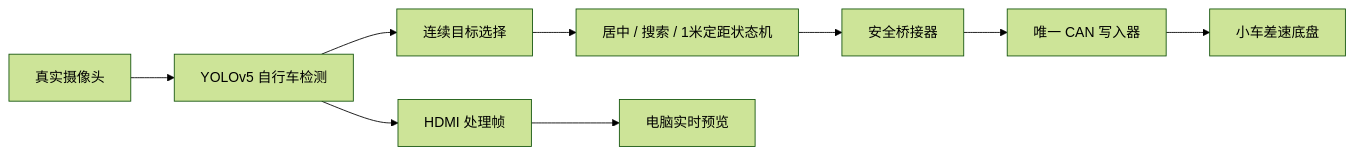
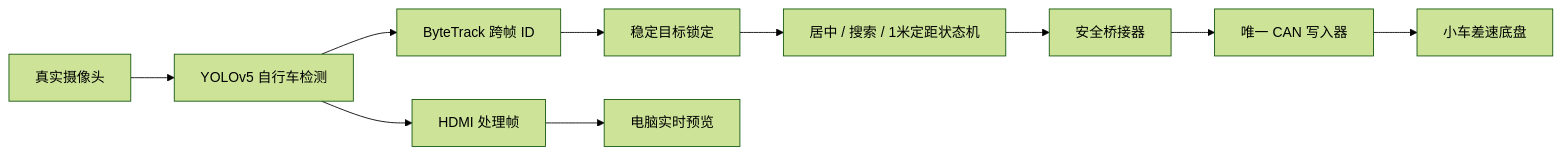
One commit to robot-berry/jichuangsai30tai changed the diagram in examples/plin_autonomous_bicycle_tracking_30tai/README.md. Above: the diagram before and after it, drawn with Mermaid (forest theme). The commit also changed other lines of this file and 22 other files, not shown here.

Commit message:
Integrate ByteTrack into bicycle tracking pipeline

````diff
--- a/examples/plin_autonomous_bicycle_tracking_30tai/README.md
+++ b/examples/plin_autonomous_bicycle_tracking_30tai/README.md
@@ -24,11 +26,12 @@
 ```mermaid
 flowchart LR
     A[真实摄像头] --> B[YOLOv5 自行车检测]
-    B --> C[连续目标选择]
-    C --> D[居中 / 搜索 / 1米定距状态机]
-    D --> E[安全桥接器]
-    E --> F[唯一 CAN 写入器]
-    F --> G[小车差速底盘]
+    B --> C[ByteTrack 跨帧 ID]
+    C --> D[稳定目标锁定]
+    D --> E[居中 / 搜索 / 1米定距状态机]
+    E --> F[安全桥接器]
+    F --> G[唯一 CAN 写入器]
+    G --> J[小车差速底盘]
     B --> H[HDMI 处理帧]
     H --> I[电脑实时预览]
 ```
````
